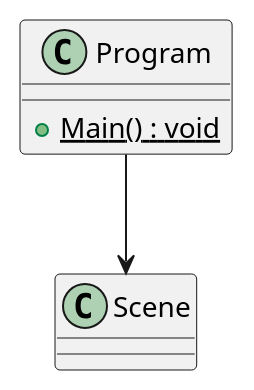
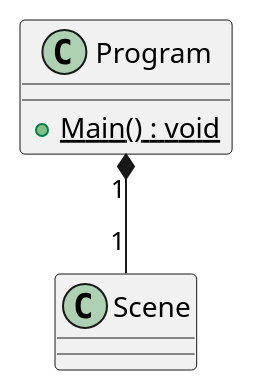
One commit to Ruby1405/PaceInvaders changed the diagram in plantuml/Program.puml. Above: the diagram before and after it, drawn with PlantUML. The commit also changed 15 other files, not shown here.

Commit message:
updated class diagram

```diff
--- a/plantuml/Program.puml
+++ b/plantuml/Program.puml
@@ -1,6 +1,6 @@
 @startuml
 class Program {
     + {static} Main() : void
 }
-Program --> Scene
+Program "1" *-- "1" Scene
 @enduml
```
